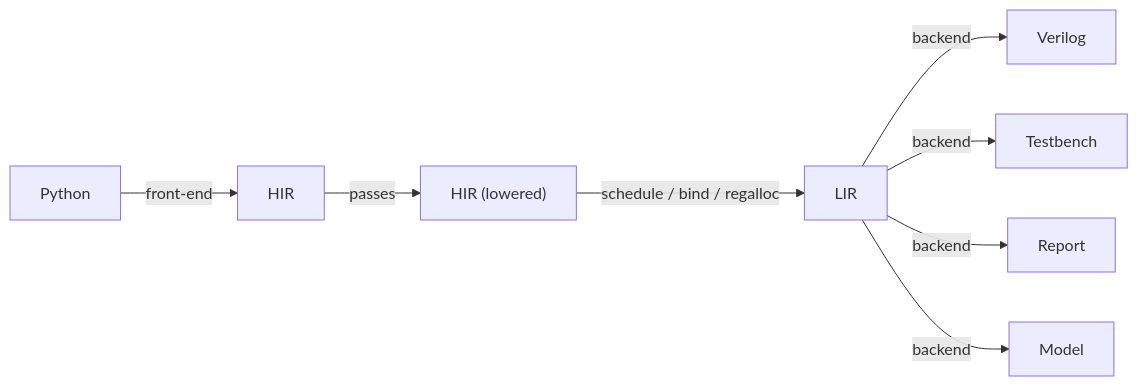
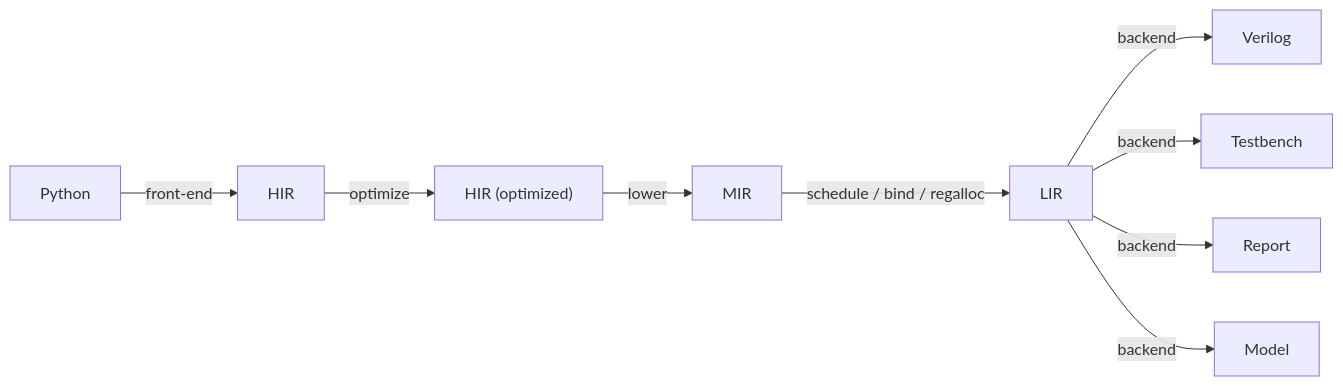
The diagram in DESIGN.md (Zubax/holoso), drawn with Mermaid before and after one commit. The commit also changed other lines of this file and 38 other files, not shown here.

````diff
--- a/DESIGN.md
+++ b/DESIGN.md
@@ -31,11 +31,12 @@
 ```mermaid
 flowchart LR
     Python[Python] -->|front-end| HIR[HIR]
-    HIR -->|passes| HIRL["HIR (lowered)"]
-    HIRL -->|schedule / bind / regalloc| LIR[LIR]
+    HIR -->|optimize| HIRO["HIR (optimized)"]
+    HIRO -->|lower| MIR[MIR]
+    MIR -->|schedule / bind / regalloc| LIR[LIR]
 
     LIR -->|backend| Verilog[Verilog]
     LIR -->|backend| Testbench[Testbench]
     LIR -->|backend| Report[Report]
     LIR -->|backend| Model[Model]
 ```
````
